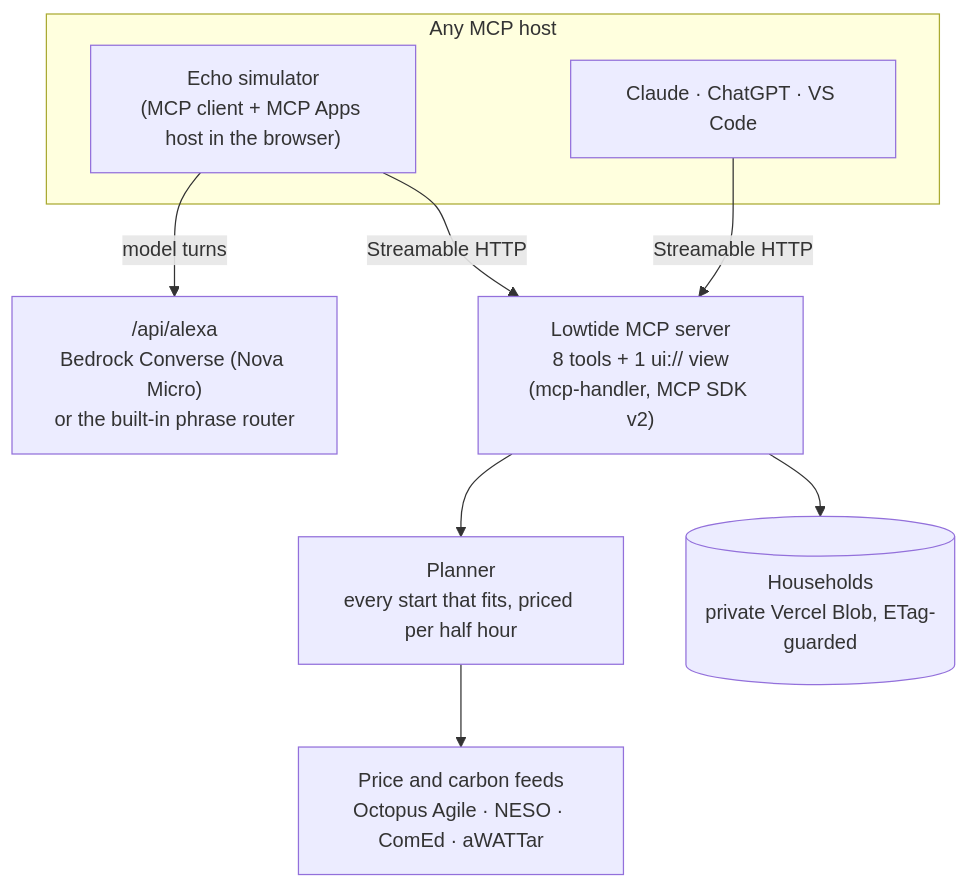
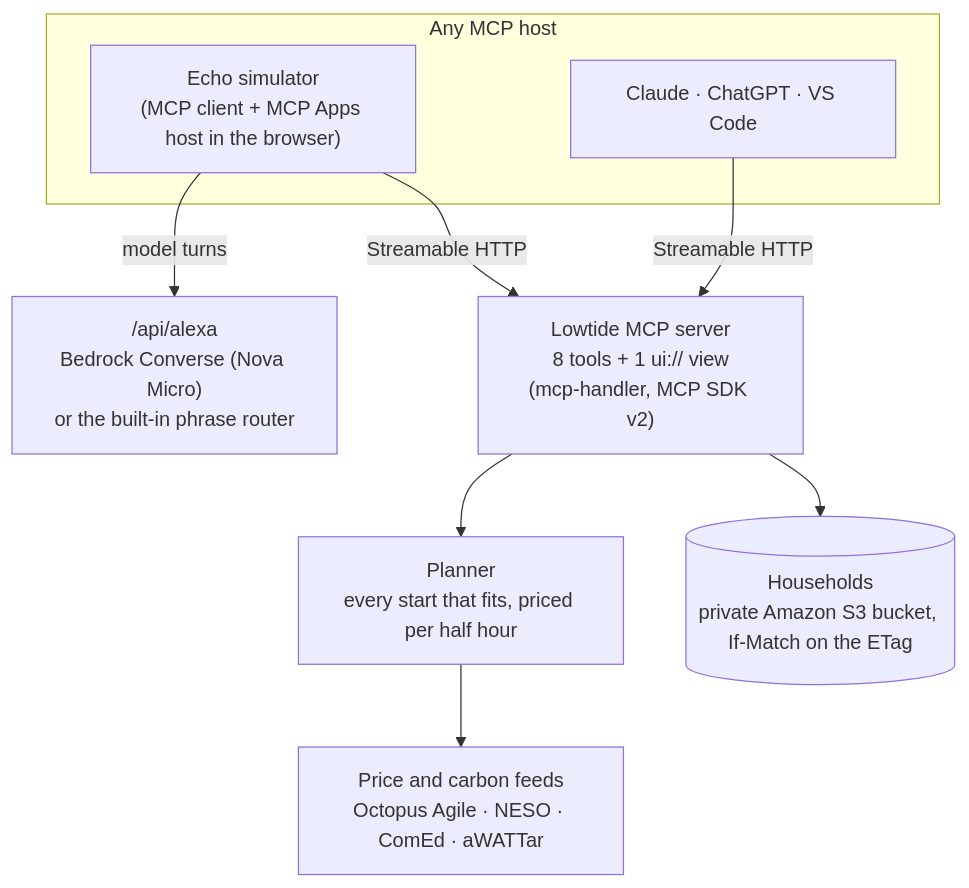
One commit to RohanGlitched/lowtide changed the second of 2 diagrams in README.md. Above: the diagram before and after it, drawn with Mermaid. The commit also changed other lines of this file, not shown here.

Commit message:
README: households on Amazon S3, signed requests to Bedrock and S3 from two single-purpose IAM users

````diff
--- a/README.md
+++ b/README.md
@@ -97,13 +98,13 @@
 ```mermaid
 flowchart TB
     subgraph Hosts["Any MCP host"]
         ECHO["Echo simulator<br/>(MCP client + MCP Apps host in the browser)"]
         CLAUDE["Claude · ChatGPT · VS Code"]
     end
     ECHO -- "model turns" --> ALEXA["/api/alexa<br/>Bedrock Converse (Nova Micro)<br/>or the built-in phrase router"]
     ECHO -- "Streamable HTTP" --> MCP
     CLAUDE -- "Streamable HTTP" --> MCP
     MCP["Lowtide MCP server<br/>8 tools + 1 ui:// view<br/>(mcp-handler, MCP SDK v2)"] --> PLAN["Planner<br/>every start that fits, priced per half hour"]
     PLAN --> FEEDS["Price and carbon feeds<br/>Octopus Agile · NESO · ComEd · aWATTar"]
-    MCP --> STORE[("Households<br/>private Vercel Blob, ETag-guarded")]
+    MCP --> STORE[("Households<br/>private Amazon S3 bucket, If-Match on the ETag")]
 ```
````
